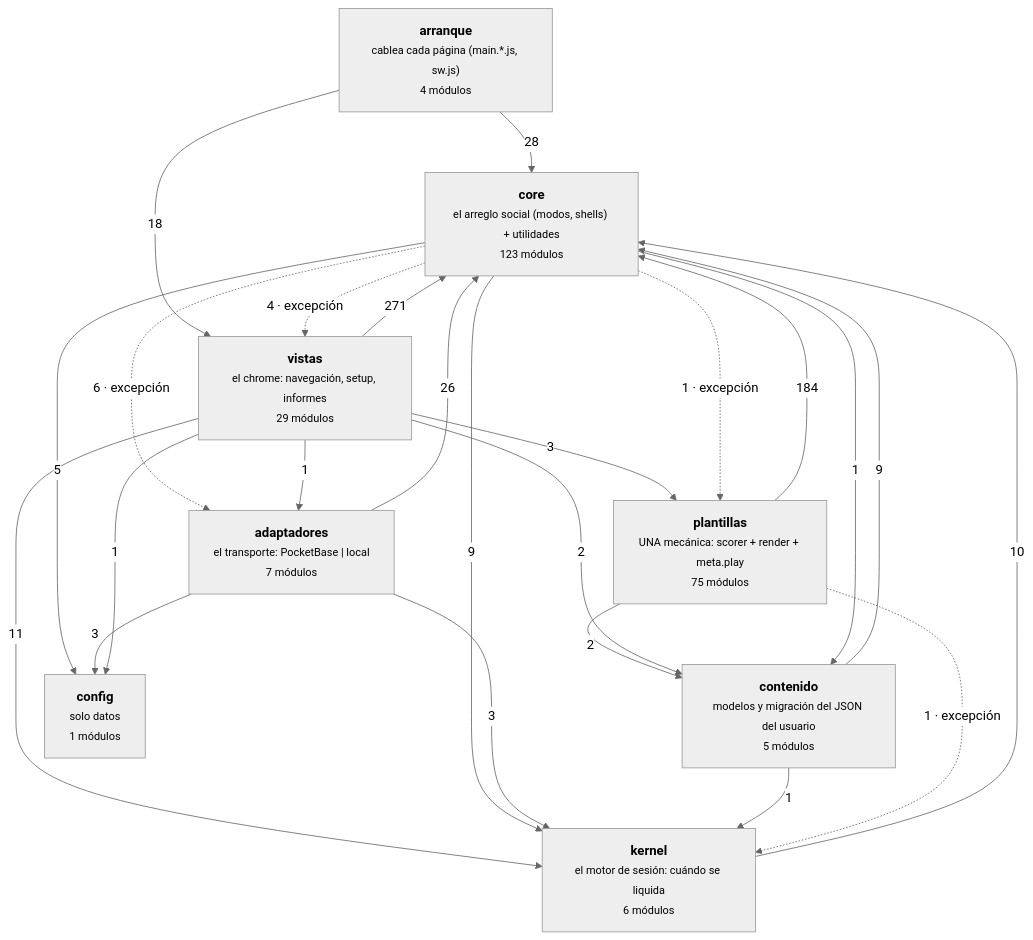
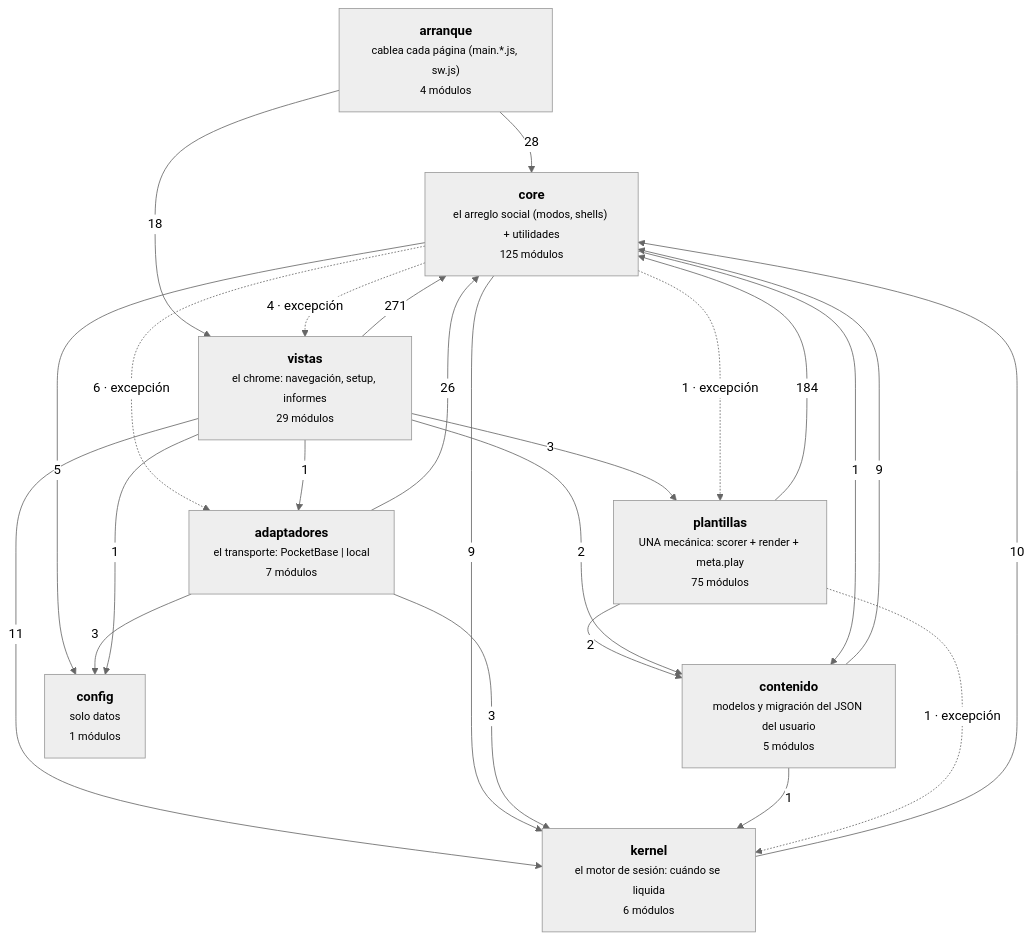
Before and after one commit to duecaz/ac: the diagram in docs/arquitectura-modulos.md, drawn with Mermaid (neutral theme). The commit also changed other lines of this file and 19 other files, not shown here.

````diff
--- a/docs/arquitectura-modulos.md
+++ b/docs/arquitectura-modulos.md
@@ -56,34 +56,34 @@
 ```mermaid
 graph TD
   A["<b>arranque</b><br/><small>cablea cada página (main.*.js, sw.js)</small><br/><small>4 módulos</small>"]
   V["<b>vistas</b><br/><small>el chrome: navegación, setup, informes</small><br/><small>29 módulos</small>"]
   AD["<b>adaptadores</b><br/><small>el transporte: PocketBase | local</small><br/><small>7 módulos</small>"]
-  C["<b>core</b><br/><small>el arreglo social (modos, shells) + utilidades</small><br/><small>123 módulos</small>"]
+  C["<b>core</b><br/><small>el arreglo social (modos, shells) + utilidades</small><br/><small>125 módulos</small>"]
   K["<b>kernel</b><br/><small>el motor de sesión: cuándo se liquida</small><br/><small>6 módulos</small>"]
   T["<b>plantillas</b><br/><small>UNA mecánica: scorer + render + meta.play</small><br/><small>75 módulos</small>"]
   CO["<b>contenido</b><br/><small>modelos y migración del JSON del usuario</small><br/><small>5 módulos</small>"]
   CF["<b>config</b><br/><small>solo datos</small><br/><small>1 módulos</small>"]
   V -->|271| C
   T -->|184| C
   A -->|28| C
   AD -->|26| C
   A -->|18| V
   V -->|11| K
   K -->|10| C
   C -->|9| K
   CO -->|9| C
   C -.->|6 · excepción| AD
   C -->|5| CF
   C -.->|4 · excepción| V
   AD -->|3| CF
   AD -->|3| K
   V -->|3| T
   T -->|2| CO
   V -->|2| CO
   C -.->|1 · excepción| T
   C -->|1| CO
   CO -->|1| K
   T -.->|1 · excepción| K
   V -->|1| AD
   V -->|1| CF
 ```
````
